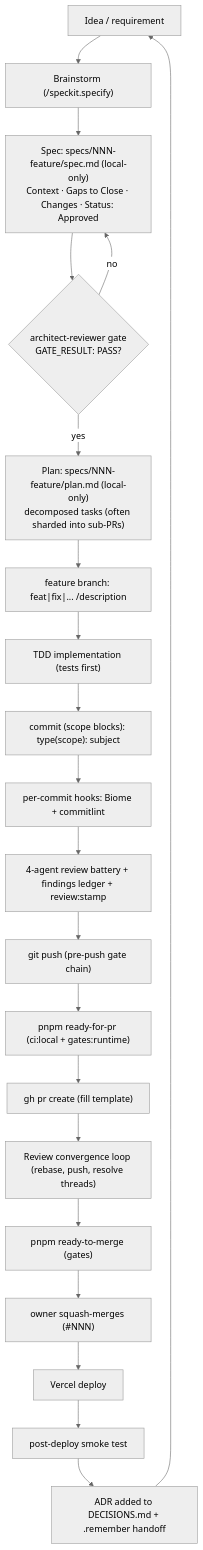
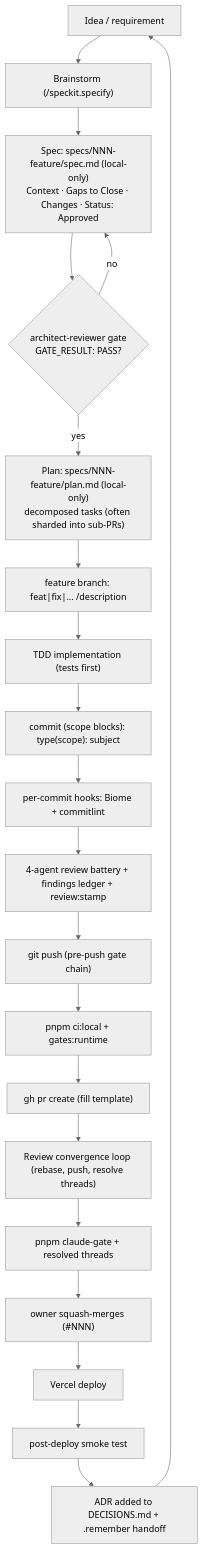
The first of 2 diagrams in docs/handbook/development-lifecycle.md (erikunha/portfolio), drawn with Mermaid (neutral theme) before and after one commit. The commit also changed other lines of this file and 24 other files, not shown here.

First line of the commit message:
chore(harness): delete the bespoke PR-gate wrappers and the mermaid syntax check

````diff
--- a/docs/handbook/development-lifecycle.md
+++ b/docs/handbook/development-lifecycle.md
@@ -7,23 +7,23 @@
 ```mermaid
 flowchart TD
     idea["Idea / requirement"] --> brainstorm["Brainstorm (/speckit.specify)"]
     brainstorm --> spec["Spec: specs/NNN-feature/spec.md (local-only)<br/>Context · Gaps to Close · Changes · Status: Approved"]
     spec --> agate{"architect-reviewer gate<br/>GATE_RESULT: PASS?"}
     agate -->|no| spec
     agate -->|yes| plan["Plan: specs/NNN-feature/plan.md (local-only)<br/>decomposed tasks (often sharded into sub-PRs)"]
     plan --> branch["feature branch: feat|fix|... /description"]
     branch --> tdd["TDD implementation (tests first)"]
     tdd --> commit["commit (scope blocks): type(scope): subject"]
     commit --> hooks["per-commit hooks: Biome + commitlint"]
     hooks --> battery["4-agent review battery + findings ledger + review:stamp"]
     battery --> push["git push (pre-push gate chain)"]
-    push --> readypr["pnpm ready-for-pr (ci:local + gates:runtime)"]
+    push --> readypr["pnpm ci:local + gates:runtime"]
     readypr --> pr["gh pr create (fill template)"]
     pr --> conv["Review convergence loop (rebase, push, resolve threads)"]
-    conv --> readymerge["pnpm ready-to-merge (gates)"]
+    conv --> readymerge["pnpm claude-gate + resolved threads"]
     readymerge --> merge["owner squash-merges (#NNN)"]
     merge --> deploy["Vercel deploy"]
     deploy --> smoke["post-deploy smoke test"]
     smoke --> adr["ADR added to DECISIONS.md + .remember handoff"]
     adr --> idea
 ```
````
